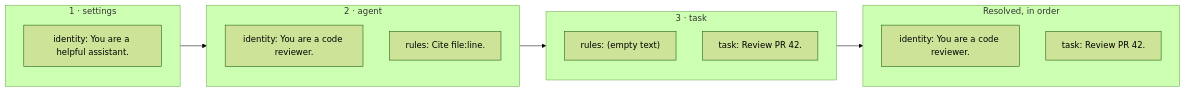
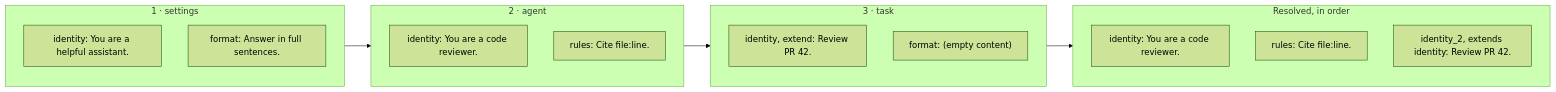
One commit to cubicecho/agent-core changed the second of 9 diagrams in HOW-IT-WORKS.md. Above: the diagram before and after it, drawn with Mermaid (forest theme). The commit also changed other lines of this file and 7 other files, not shown here.

````diff
--- a/HOW-IT-WORKS.md
+++ b/HOW-IT-WORKS.md
@@ -60,19 +62,21 @@
 ```mermaid
 flowchart LR
   subgraph L1["1 · settings"]
     s1["identity: You are a helpful assistant."]
+    s2["format: Answer in full sentences."]
   end
   subgraph L2["2 · agent"]
     a1["identity: You are a code reviewer."]
     a2["rules: Cite file:line."]
   end
   subgraph L3["3 · task"]
-    t1["rules: (empty text)"]
-    t2["task: Review PR 42."]
+    t1["identity, extend: Review PR 42."]
+    t2["format: (empty content)"]
   end
   subgraph R["Resolved, in order"]
     r1["identity: You are a code reviewer."]
-    r2["task: Review PR 42."]
+    r2["rules: Cite file:line."]
+    r3["identity_2, extends identity: Review PR 42."]
   end
   L1 --> L2 --> L3 --> R
 ```
````
